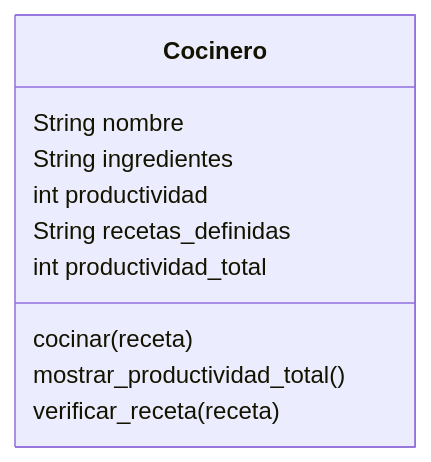
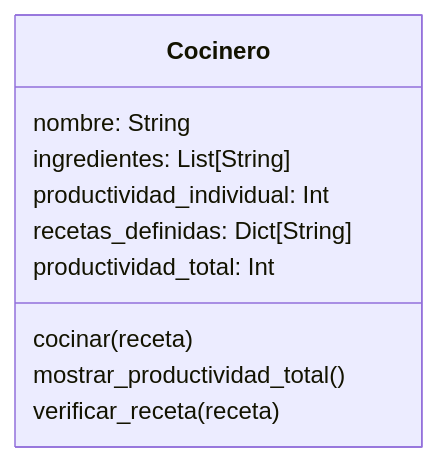
One commit to StephanieApaza/psg-oop-2025 changed the diagram in retos_sesion_03/ejercicio_02.md. Above: the diagram before and after it, drawn with Mermaid. The commit also changed other lines of this file, not shown here.

````diff
--- a/retos_sesion_03/ejercicio_02.md
+++ b/retos_sesion_03/ejercicio_02.md
@@ -26,13 +52,13 @@
 ```mermaid
 classDiagram
     class Cocinero {
-        String nombre
-        String ingredientes
-        int productividad
-        String recetas_definidas
-        int productividad_total
+        nombre: String
+        ingredientes: List[String] 
+        productividad_individual: Int
+        recetas_definidas: Dict[String] 
+        productividad_total: Int
         cocinar(receta)
         mostrar_productividad_total()
         verificar_receta(receta)
     }
 ```
````
